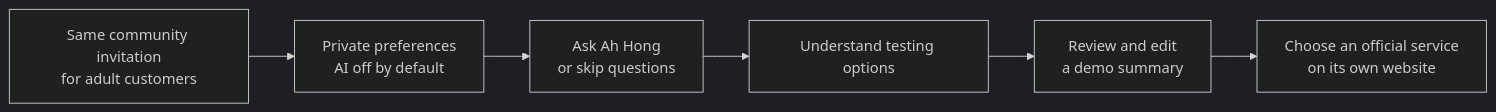
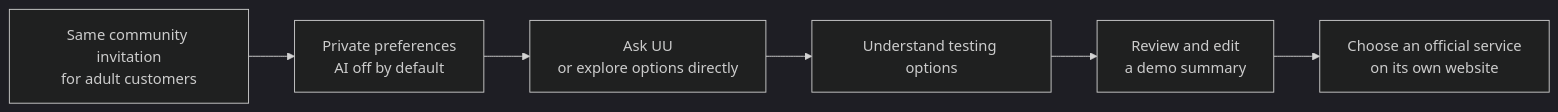
One commit to stephenovo/H-plus changed the first of 2 diagrams in README.md. Above: the diagram before and after it, drawn with Mermaid (dark theme). The commit also changed other lines of this file and 9 other files, not shown here.

````diff
--- a/README.md
+++ b/README.md
@@ -49,8 +49,8 @@
 ```mermaid
 flowchart LR
     A["Same community invitation\nfor adult customers"] --> B["Private preferences\nAI off by default"]
-    B --> C["Ask Ah Hong\nor skip questions"]
+    B --> C["Ask UU\nor explore options directly"]
     C --> D["Understand testing options"]
     D --> E["Review and edit\na demo summary"]
     E --> F["Choose an official service\non its own website"]
 ```
````
